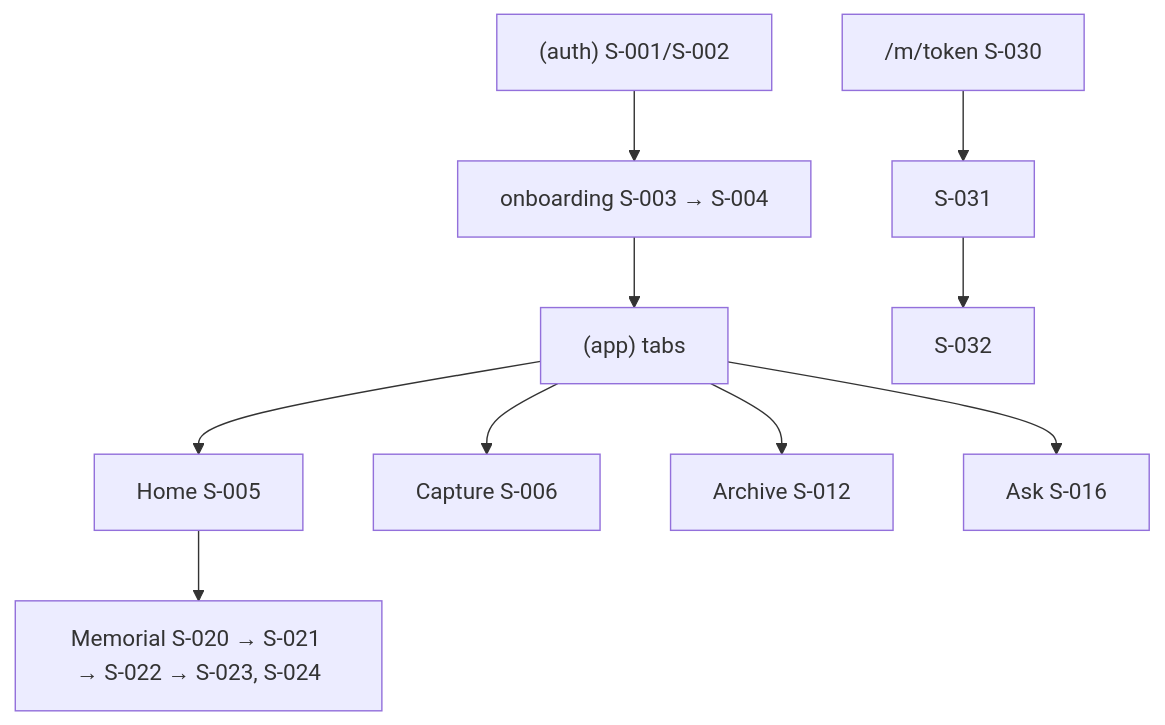
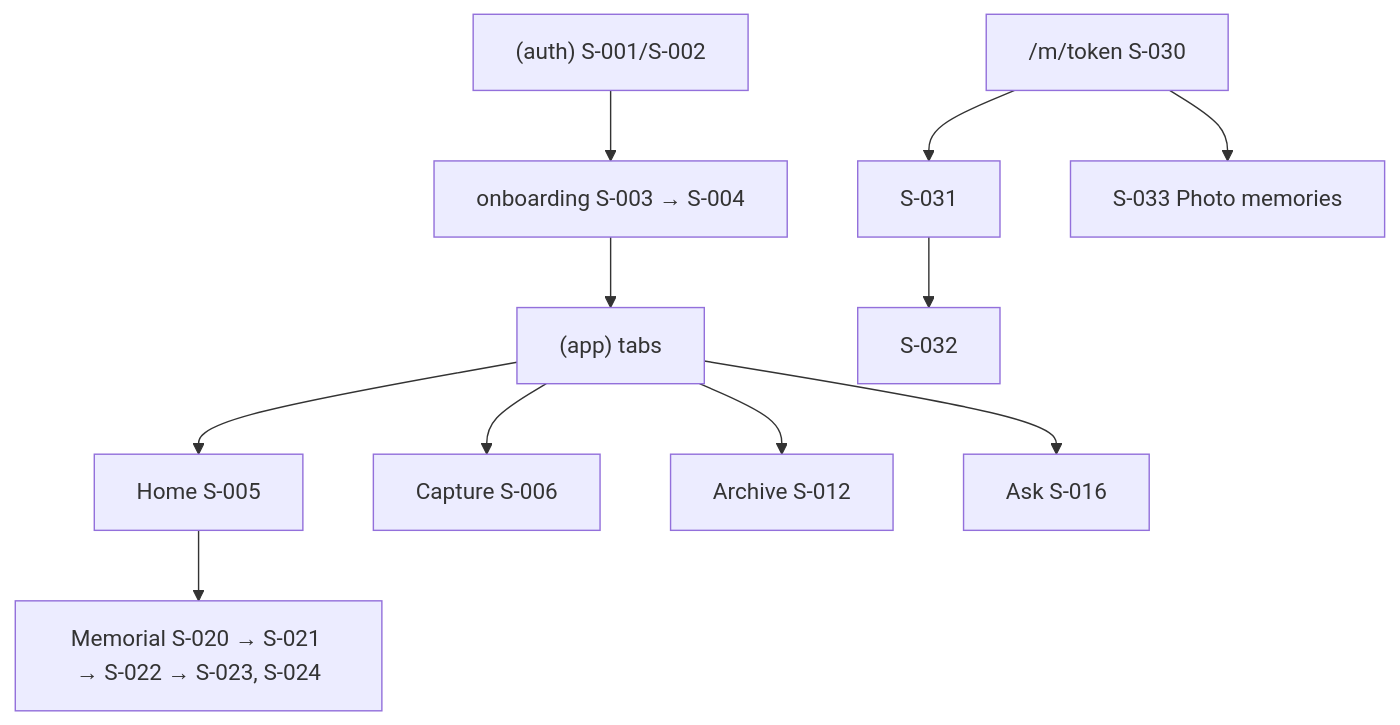
The diagram in docs/sitemap.md (Alexandre-Nevero/appcon2026-aimmortality-gunita), drawn with Mermaid before and after one commit. The commit also changed other lines of this file and 10 other files, not shown here.

Commit message:
docs: add ADR-007 photo memories with soft tributes (F-023)

````diff
--- a/docs/sitemap.md
+++ b/docs/sitemap.md
@@ -151,11 +153,12 @@
 ```mermaid
 flowchart TD
   Auth["(auth) S-001/S-002"] --> Onb["onboarding S-003 → S-004"]
   Onb --> Tabs["(app) tabs"]
   Tabs --> Home["Home S-005"]
   Tabs --> Cap["Capture S-006"]
   Tabs --> Arc["Archive S-012"]
   Tabs --> Ask["Ask S-016"]
   Home --> Mem["Memorial S-020 → S-021 → S-022 → S-023, S-024"]
   QR["/m/token S-030"] --> Share["S-031"] --> Thanks["S-032"]
+  QR --> Photos["S-033 Photo memories"]
 ```
````
